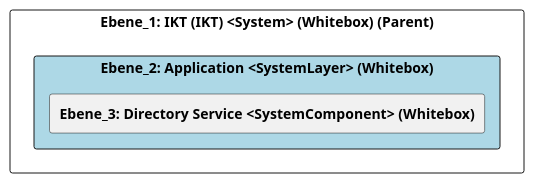
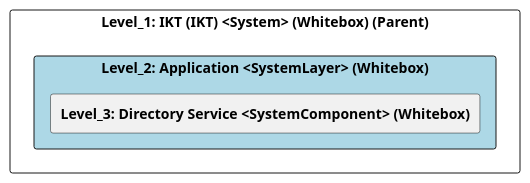
One commit to marcozwyssig/cleon changed the diagram in src/cleon.architecturemethods.arc42.sample/doc/cleon_architecturemethods_arc42_sample_system/adoc/de/05_bausteinsicht/ikt/application/ebene_2_application.adoc. Above: the diagram before and after it, drawn with PlantUML. The commit also changed other lines of this file and 83 other files, not shown here.

```diff
--- a/src/cleon.architecturemethods.arc42.sample/doc/cleon_architecturemethods_arc42_sample_system/adoc/de/05_bausteinsicht/ikt/application/ebene_2_application.adoc
+++ b/src/cleon.architecturemethods.arc42.sample/doc/cleon_architecturemethods_arc42_sample_system/adoc/de/05_bausteinsicht/ikt/application/ebene_2_application.adoc
@@ -20,24 +20,24 @@
-[plantuml, Ebene_2: Application <SystemLayer> (Whitebox)BlockOverview, format="svg"]
+[plantuml, Level_2: Application <SystemLayer> (Whitebox)BlockOverview, format="svg"]
 ----
-@startuml Ebene_2: Application <SystemLayer> (Whitebox)BuildingBlockOverview
+@startuml Level_2: Application <SystemLayer> (Whitebox)BuildingBlockOverview
 
 skinparam ranksep 10
 skinparam componentStyle rectangle
 skinparam shadowing false
 skinparam arrowColor lightblue
 skinparam arrowThickness 1.2
 skinparam rectangle {
   BackgroundColor White
   BorderColor #333
   RoundCorner 10
 }
 top to bottom direction
 
-component "Ebene_1: IKT (IKT) <System> (Whitebox) (Parent)" {
-    component "Ebene_2: Application <SystemLayer> (Whitebox)" #lightblue {
-        [**Ebene_3: Directory Service <SystemComponent> (Whitebox)**] as 88301D91_219A_11F0_83AE_DF5418A109A4
+component "Level_1: IKT (IKT) <System> (Whitebox) (Parent)" {
+    component "Level_2: Application <SystemLayer> (Whitebox)" #lightblue {
+        [**Level_3: Directory Service <SystemComponent> (Whitebox)**] as 88301D91_219A_11F0_83AE_DF5418A109A4
     }
 }
 
 @enduml
 ----
```
